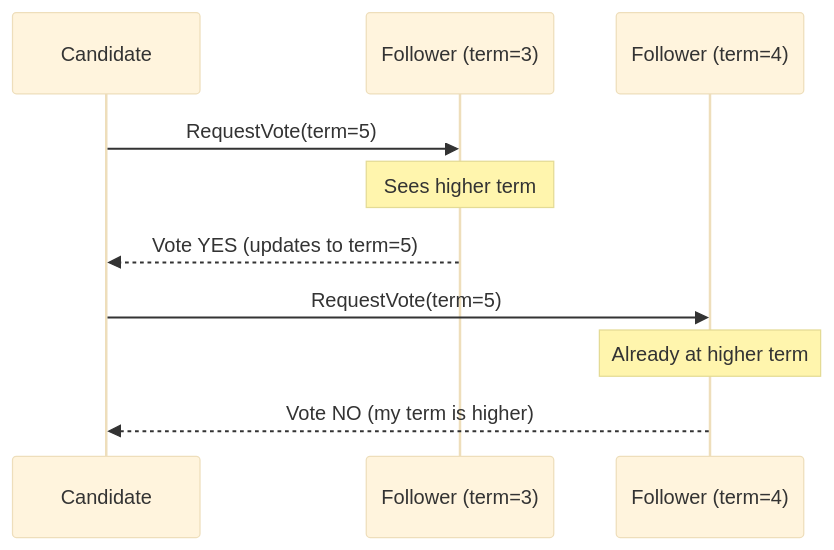
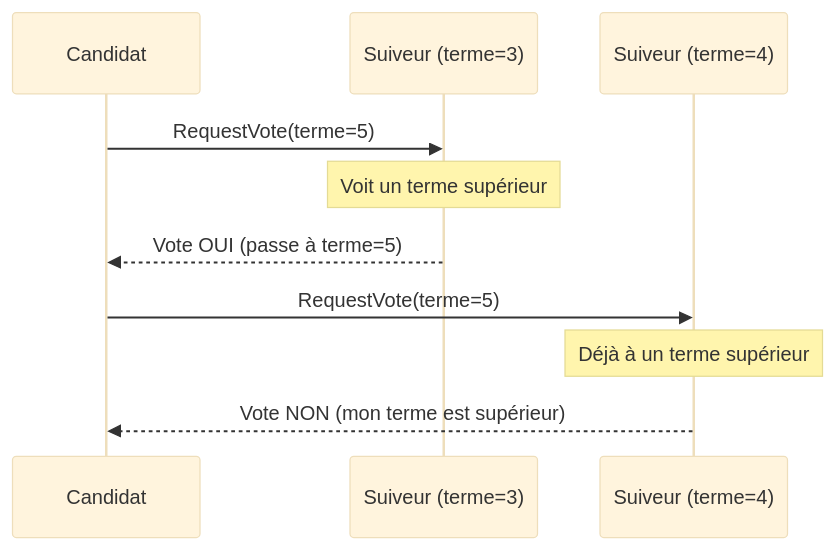
Before and after one commit to dardourimohamed/distributed-systems-course: the fourth of 10 diagrams in src/consensus/12-raft-algorithm.md, drawn with Mermaid (base theme). The commit also changed other lines of this file and 38 other files, not shown here.

````diff
--- a/src/consensus/12-raft-algorithm.md
+++ b/src/consensus/12-raft-algorithm.md
@@ -159,14 +162,14 @@
 ```mermaid
 sequenceDiagram
-    participant C as Candidate
-    participant F1 as Follower (term=3)
-    participant F2 as Follower (term=4)
+    participant C as Candidat
+    participant F1 as Suiveur (terme=3)
+    participant F2 as Suiveur (terme=4)
 
-    C->>F1: RequestVote(term=5)
-    Note over F1: Sees higher term
-    F1-->>C: Vote YES (updates to term=5)
+    C->>F1: RequestVote(terme=5)
+    Note over F1: Voit un terme supérieur
+    F1-->>C: Vote OUI (passe à terme=5)
 
-    C->>F2: RequestVote(term=5)
-    Note over F2: Already at higher term
-    F2-->>C: Vote NO (my term is higher)
+    C->>F2: RequestVote(terme=5)
+    Note over F2: Déjà à un terme supérieur
+    F2-->>C: Vote NON (mon terme est supérieur)
 ```
````
